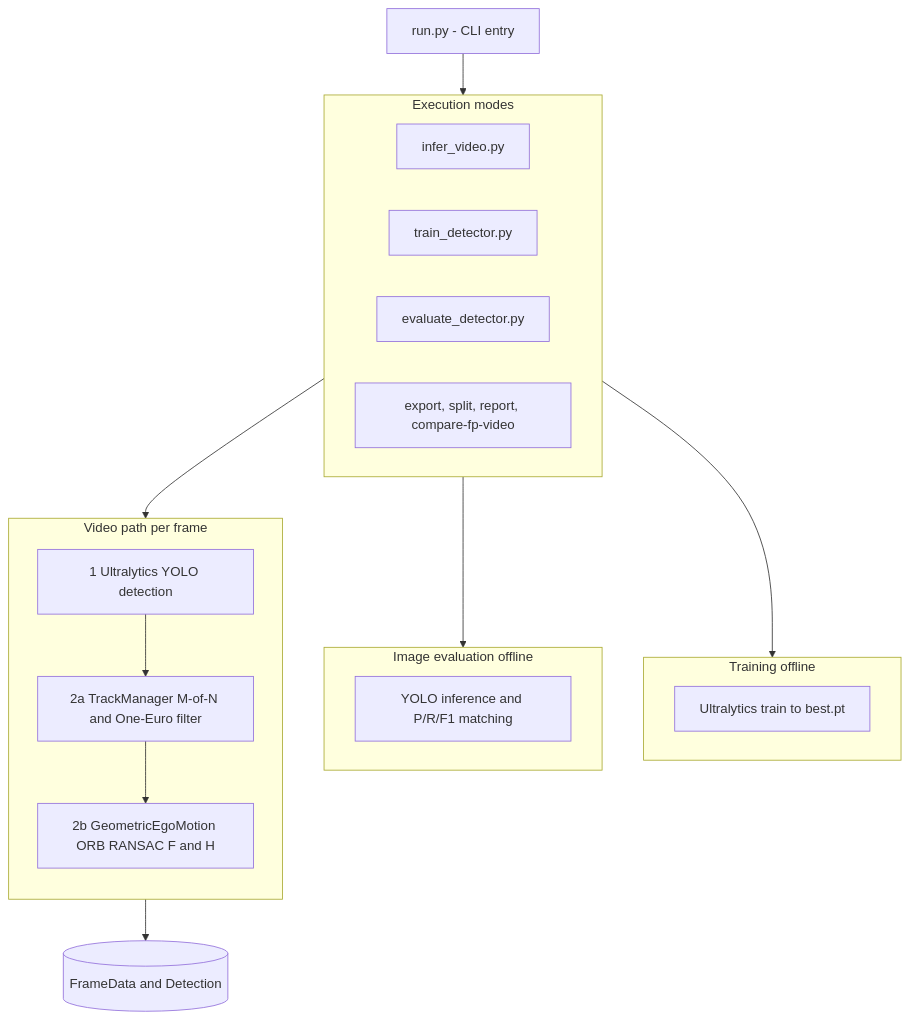
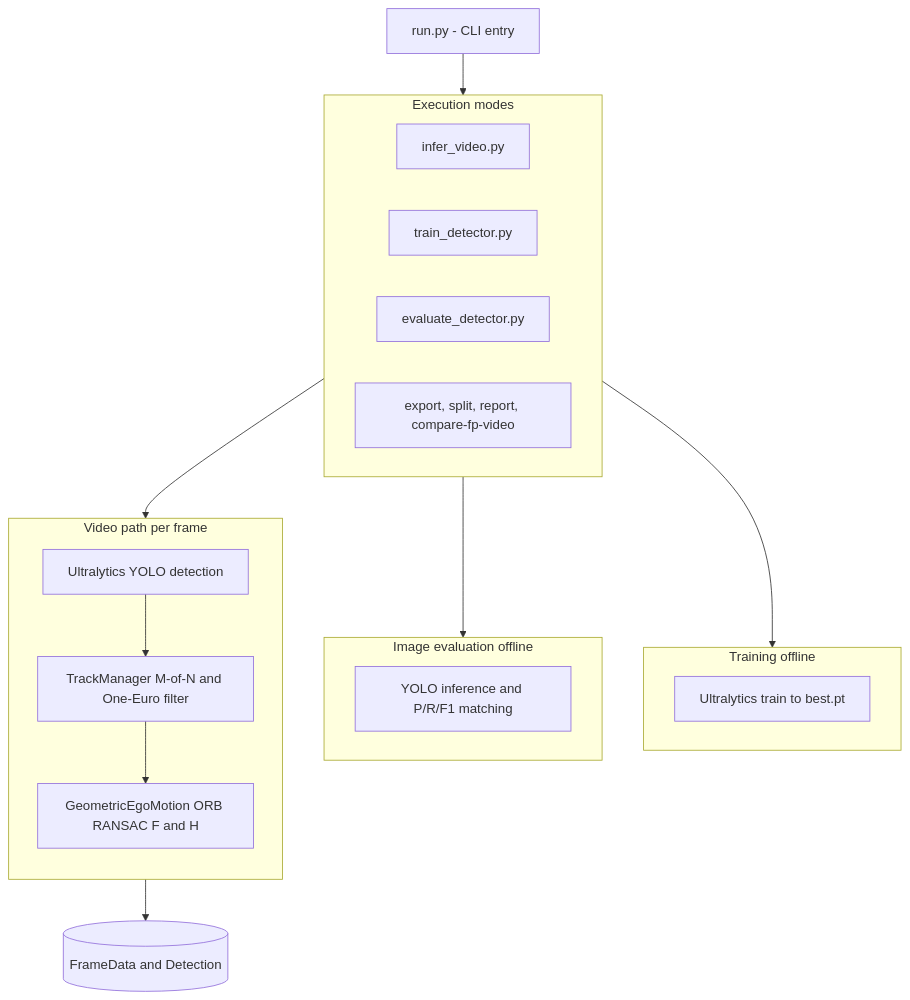
The diagram in README.md (roeytoo111/aerosentry_task), drawn with Mermaid before and after one commit. The commit also changed other lines of this file and 5 other files, not shown here.

````diff
--- a/README.md
+++ b/README.md
@@ -9,39 +100,39 @@
 ```mermaid
 flowchart TD
     ENTRY["run.py - CLI entry"]
 
     subgraph Modes ["Execution modes"]
         direction LR
         INFER["infer_video.py"]
         TRAIN["train_detector.py"]
         EVAL["evaluate_detector.py"]
         TOOLS["export, split, report, compare-fp-video"]
     end
 
     subgraph TrainPath ["Training offline"]
         direction LR
         UTR["Ultralytics train to best.pt"]
     end
 
     subgraph EvalPath ["Image evaluation offline"]
         direction LR
         UEV["YOLO inference and P/R/F1 matching"]
     end
 
     subgraph Pipeline ["Video path per frame"]
         direction TD
-        YOLO["1 Ultralytics YOLO detection"]
-        TM["2a TrackManager M-of-N and One-Euro filter"]
-        GEO["2b GeometricEgoMotion ORB RANSAC F and H"]
+        YOLO[" Ultralytics YOLO detection"]
+        TM[" TrackManager M-of-N and One-Euro filter"]
+        GEO[" GeometricEgoMotion ORB RANSAC F and H"]
         YOLO --> TM
         TM --> GEO
     end
 
     DATA[("FrameData and Detection")]
 
     ENTRY --> Modes
     INFER --> Pipeline
     TRAIN --> TrainPath
     EVAL --> EvalPath
     GEO --> DATA
 ```
````
